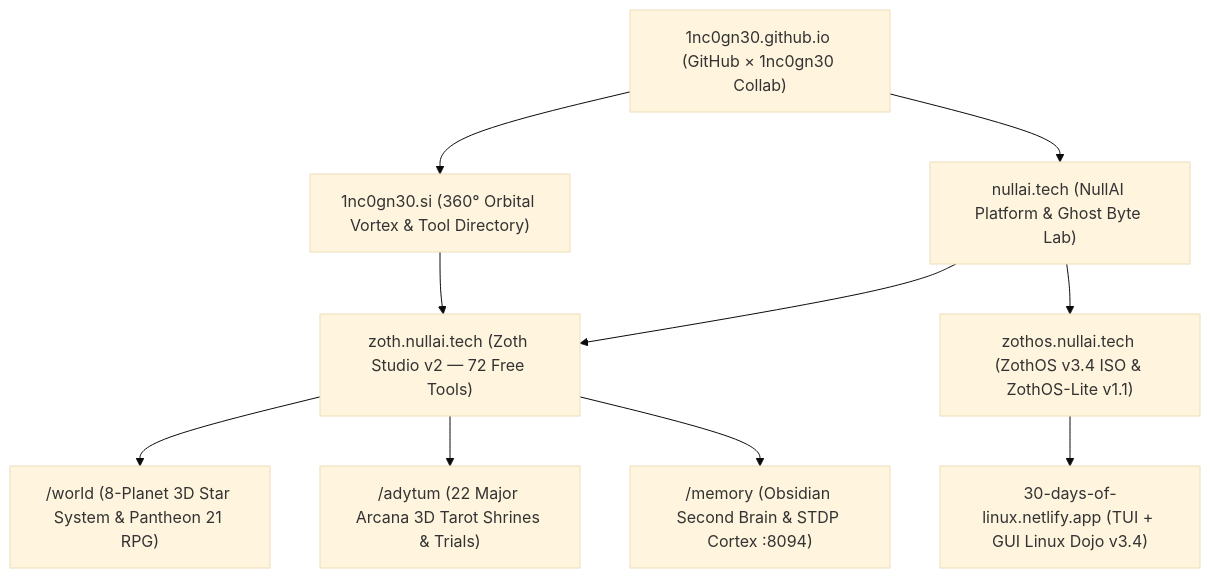
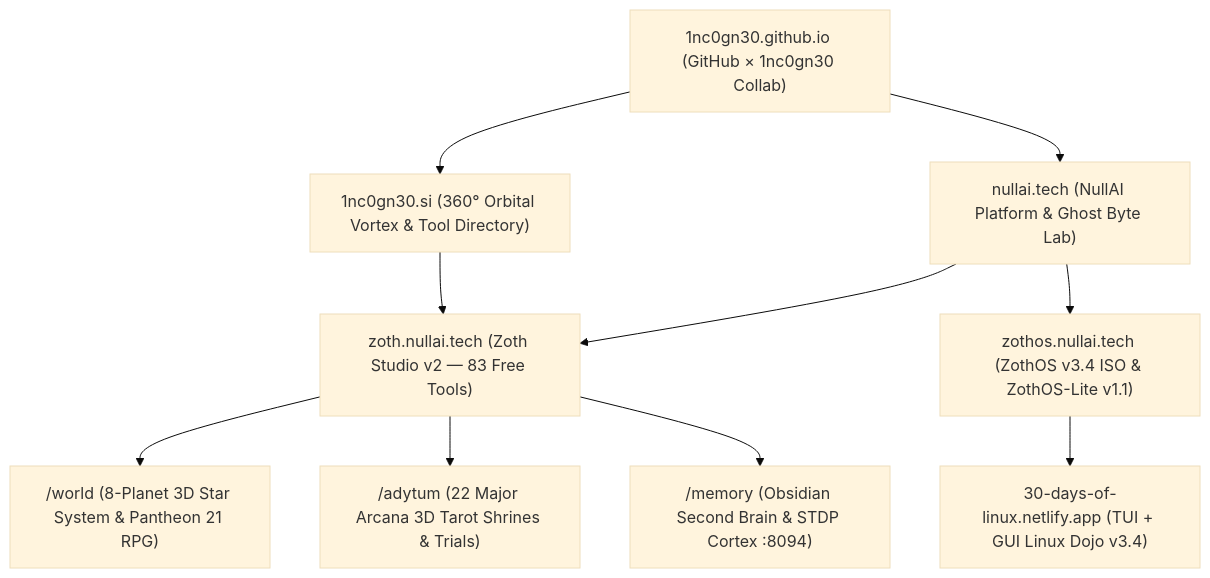
The diagram in README.md (1nc0gn30/1nc0gn30), drawn with Mermaid (base theme) before and after one commit. The commit also changed other lines of this file and 1 other file, not shown here.

Commit message:
docs(parity): sync Zoth Studio tool count from 72 to 83 (56 in-browser + 27 CLI)

````diff
--- a/README.md
+++ b/README.md
@@ -41,12 +41,12 @@
 ```mermaid
 flowchart TD
     A["1nc0gn30.github.io (GitHub × 1nc0gn30 Collab)"] --> B["1nc0gn30.si (360° Orbital Vortex & Tool Directory)"]
     A --> C["nullai.tech (NullAI Platform & Ghost Byte Lab)"]
-    B --> D["zoth.nullai.tech (Zoth Studio v2 — 72 Free Tools)"]
+    B --> D["zoth.nullai.tech (Zoth Studio v2 — 83 Free Tools)"]
     C --> D
     C --> E["zothos.nullai.tech (ZothOS v3.4 ISO & ZothOS-Lite v1.1)"]
     D --> F["/world (8-Planet 3D Star System & Pantheon 21 RPG)"]
     D --> G["/adytum (22 Major Arcana 3D Tarot Shrines & Trials)"]
     D --> H["/memory (Obsidian Second Brain & STDP Cortex :8094)"]
     E --> I["30-days-of-linux.netlify.app (TUI + GUI Linux Dojo v3.4)"]
 ```
````
